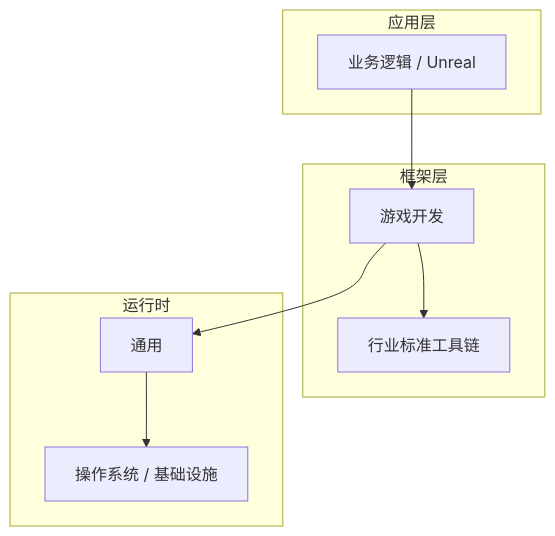
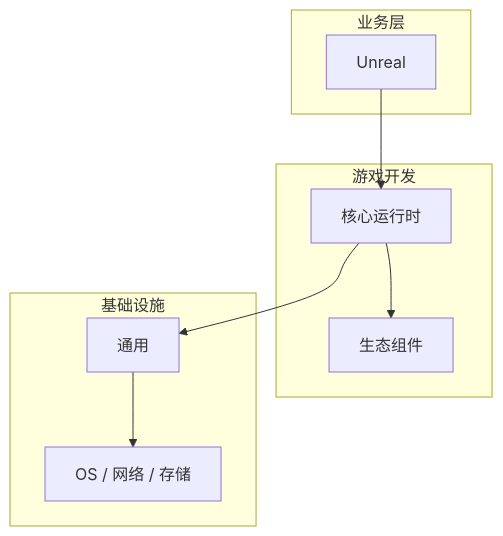
The diagram in articles/游戏开发/chapters/019-Unreal核心概念与原理.md (yanggan2015/knowledge-json-v2), drawn with Mermaid before and after one commit. The commit also changed other lines of this file and 10127 other files, not shown here.

````diff
--- a/articles/游戏开发/chapters/019-Unreal核心概念与原理.md
+++ b/articles/游戏开发/chapters/019-Unreal核心概念与原理.md
@@ -45,18 +30,18 @@
 ```mermaid
 graph TB
-    subgraph 应用层
-        A[业务逻辑 / Unreal]
+    subgraph 业务层
+        A[Unreal]
     end
-    subgraph 框架层
-        B[游戏开发]
-        C[行业标准工具链]
+    subgraph 游戏开发
+        B[核心运行时]
+        C[生态组件]
     end
-    subgraph 运行时
+    subgraph 基础设施
         D[通用]
-        E[操作系统 / 基础设施]
+        E[OS / 网络 / 存储]
     end
     A --> B
     B --> C
     B --> D
     D --> E
 ```
````
